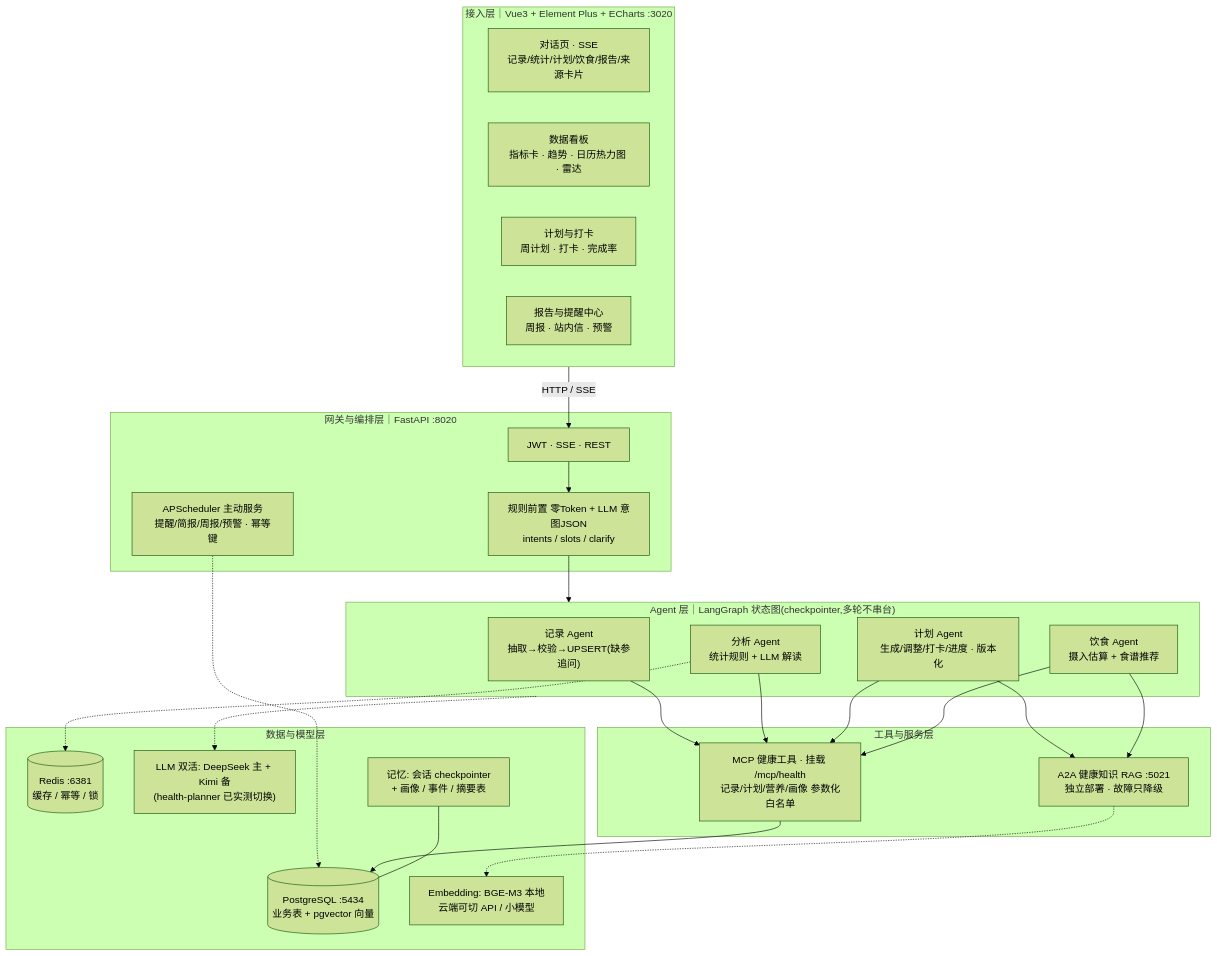
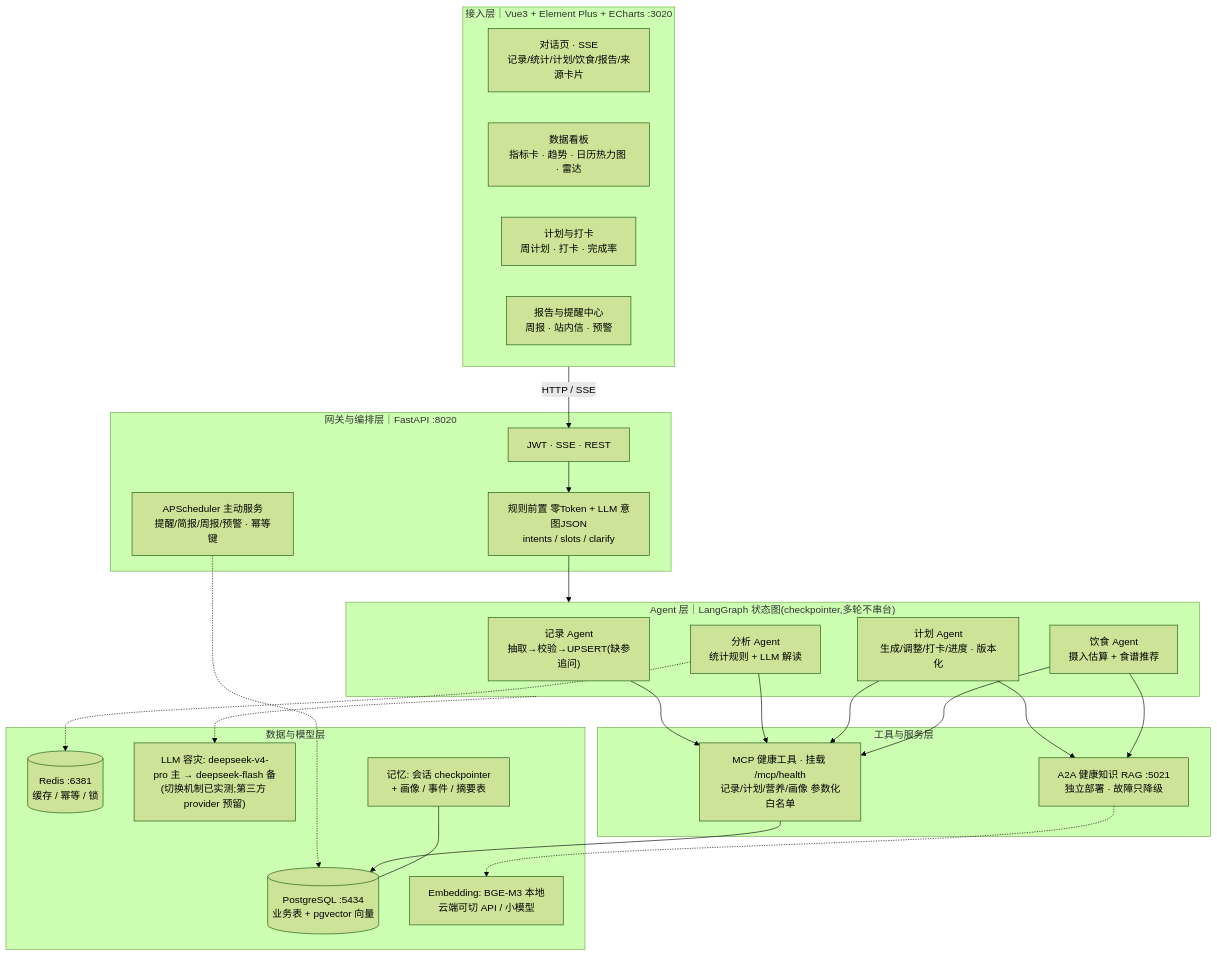
The second of 8 diagrams in docs/个人健康助手总体方案与流程图.md (vanvanovo/health-assistant), drawn with Mermaid (forest theme) before and after one commit. The commit also changed other lines of this file and 2 other files, not shown here.

Commit message:
docs: Key 定稿为官方 DeepSeek(pro 主/flash 备,Kimi 预留) + P0 准备项完成(依赖已装/.env 就位/.env.example)

````diff
--- a/docs/个人健康助手总体方案与流程图.md
+++ b/docs/个人健康助手总体方案与流程图.md
@@ -90,45 +90,45 @@
 ```mermaid
 flowchart TB
     subgraph L1["接入层｜Vue3 + Element Plus + ECharts :3020"]
         U1["对话页 · SSE<br/>记录/统计/计划/饮食/报告/来源卡片"]
         U2["数据看板<br/>指标卡 · 趋势 · 日历热力图 · 雷达"]
         U3["计划与打卡<br/>周计划 · 打卡 · 完成率"]
         U4["报告与提醒中心<br/>周报 · 站内信 · 预警"]
     end
 
     subgraph L2["网关与编排层｜FastAPI :8020"]
         G1["JWT · SSE · REST"]
         G2["规则前置 零Token + LLM 意图JSON<br/>intents / slots / clarify"]
         G3["APScheduler 主动服务<br/>提醒/简报/周报/预警 · 幂等键"]
     end
 
     subgraph L3["Agent 层｜LangGraph 状态图(checkpointer,多轮不串台)"]
         A1["记录 Agent<br/>抽取→校验→UPSERT(缺参追问)"]
         A2["分析 Agent<br/>统计规则 + LLM 解读"]
         A3["计划 Agent<br/>生成/调整/打卡/进度 · 版本化"]
         A4["饮食 Agent<br/>摄入估算 + 食谱推荐"]
     end
 
     subgraph L4["工具与服务层"]
         M1["MCP 健康工具 · 挂载 /mcp/health<br/>记录/计划/营养/画像 参数化白名单"]
         S1["A2A 健康知识 RAG :5021<br/>独立部署 · 故障只降级"]
     end
 
     subgraph L5["数据与模型层"]
         D1[("PostgreSQL :5434<br/>业务表 + pgvector 向量")]
         D2[("Redis :6381<br/>缓存 / 幂等 / 锁")]
-        D3["LLM 双活: DeepSeek 主 + Kimi 备<br/>(health-planner 已实测切换)"]
+        D3["LLM 容灾: deepseek-v4-pro 主 → deepseek-flash 备<br/>(切换机制已实测;第三方 provider 预留)"]
         D4["Embedding: BGE-M3 本地<br/>云端可切 API / 小模型"]
         D5["记忆: 会话 checkpointer<br/>+ 画像 / 事件 / 摘要表"]
     end
 
     L1 -->|"HTTP / SSE"| G1
     G1 --> G2 --> L3
     G3 -.-> D1
     A1 & A2 & A3 & A4 --> M1 --> D1
     A3 & A4 --> S1
     S1 -.-> D4
     L3 -.-> D3
     A2 -.-> D2
     D5 --- D1
 ```
````
